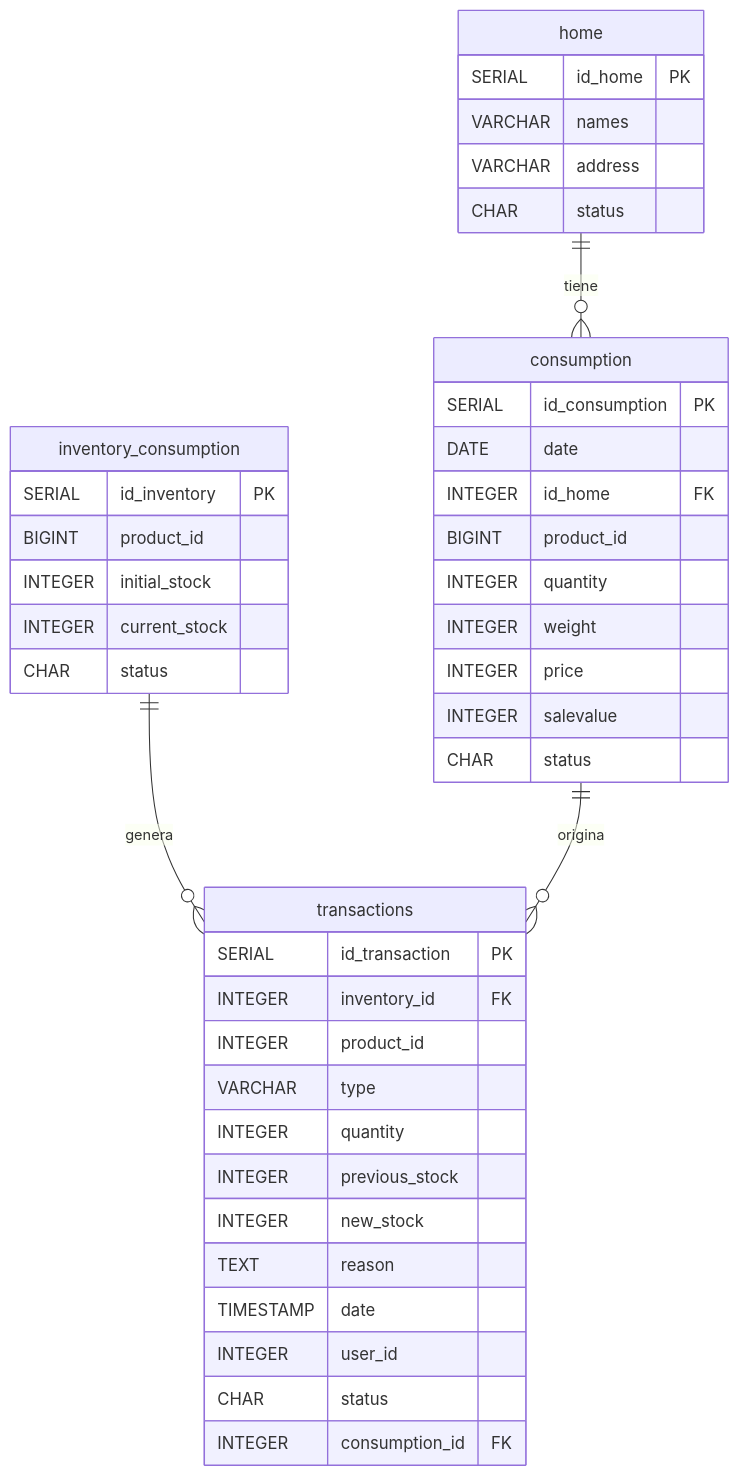
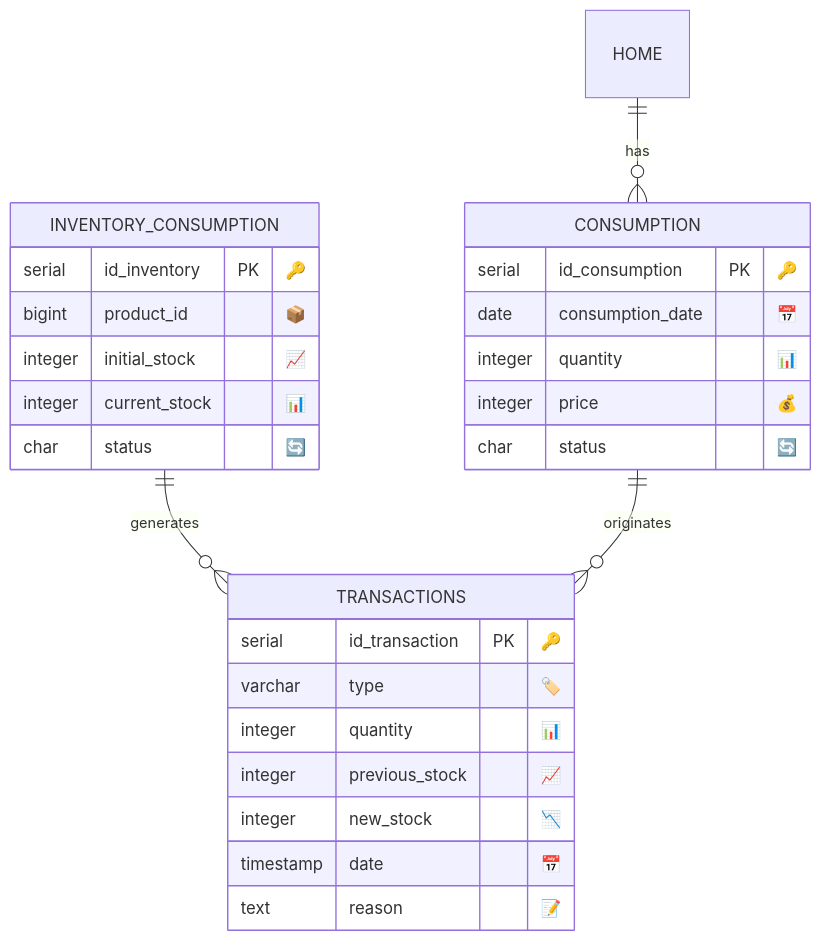
Before and after one commit to jonaszubietaleon/vg-ms-transaction: the second of 5 diagrams in README.md, drawn with Mermaid. The commit also changed other lines of this file, not shown here.

````diff
--- a/README.md
+++ b/README.md
@@ -50,48 +88,32 @@
 ```mermaid
 erDiagram
-    home ||--o{ consumption : "tiene"
-    inventory_consumption ||--o{ transactions : "genera"
-    consumption ||--o{ transactions : "origina"
+    INVENTORY_CONSUMPTION ||--o{ TRANSACTIONS : generates
+    HOME ||--o{ CONSUMPTION : has
+    CONSUMPTION ||--o{ TRANSACTIONS : originates
     
-    home {
-        SERIAL id_home PK
-        VARCHAR names
-        VARCHAR address
-        CHAR status
+    INVENTORY_CONSUMPTION {
+        serial id_inventory PK "🔑"
+        bigint product_id "📦"
+        integer initial_stock "📈"
+        integer current_stock "📊"
+        char status "🔄"
     }
     
-    inventory_consumption {
-        SERIAL id_inventory PK
-        BIGINT product_id
-        INTEGER initial_stock
-        INTEGER current_stock
-        CHAR status
+    TRANSACTIONS {
+        serial id_transaction PK "🔑"
+        varchar type "🏷️"
+        integer quantity "📊"
+        integer previous_stock "📈"
+        integer new_stock "📉"
+        timestamp date "📅"
+        text reason "📝"
     }
     
-    consumption {
-        SERIAL id_consumption PK
-        DATE date
-        INTEGER id_home FK
-        BIGINT product_id
-        INTEGER quantity
-        INTEGER weight
-        INTEGER price
-        INTEGER salevalue
-        CHAR status
-    }
-    
-    transactions {
-        SERIAL id_transaction PK
-        INTEGER inventory_id FK
-        INTEGER product_id
-        VARCHAR type
-        INTEGER quantity
-        INTEGER previous_stock
-        INTEGER new_stock
-        TEXT reason
-        TIMESTAMP date
-        INTEGER user_id
-        CHAR status
-        INTEGER consumption_id FK
+    CONSUMPTION {
+        serial id_consumption PK "🔑"
+        date consumption_date "📅"
+        integer quantity "📊"
+        integer price "💰"
+        char status "🔄"
     }
 ```
````
